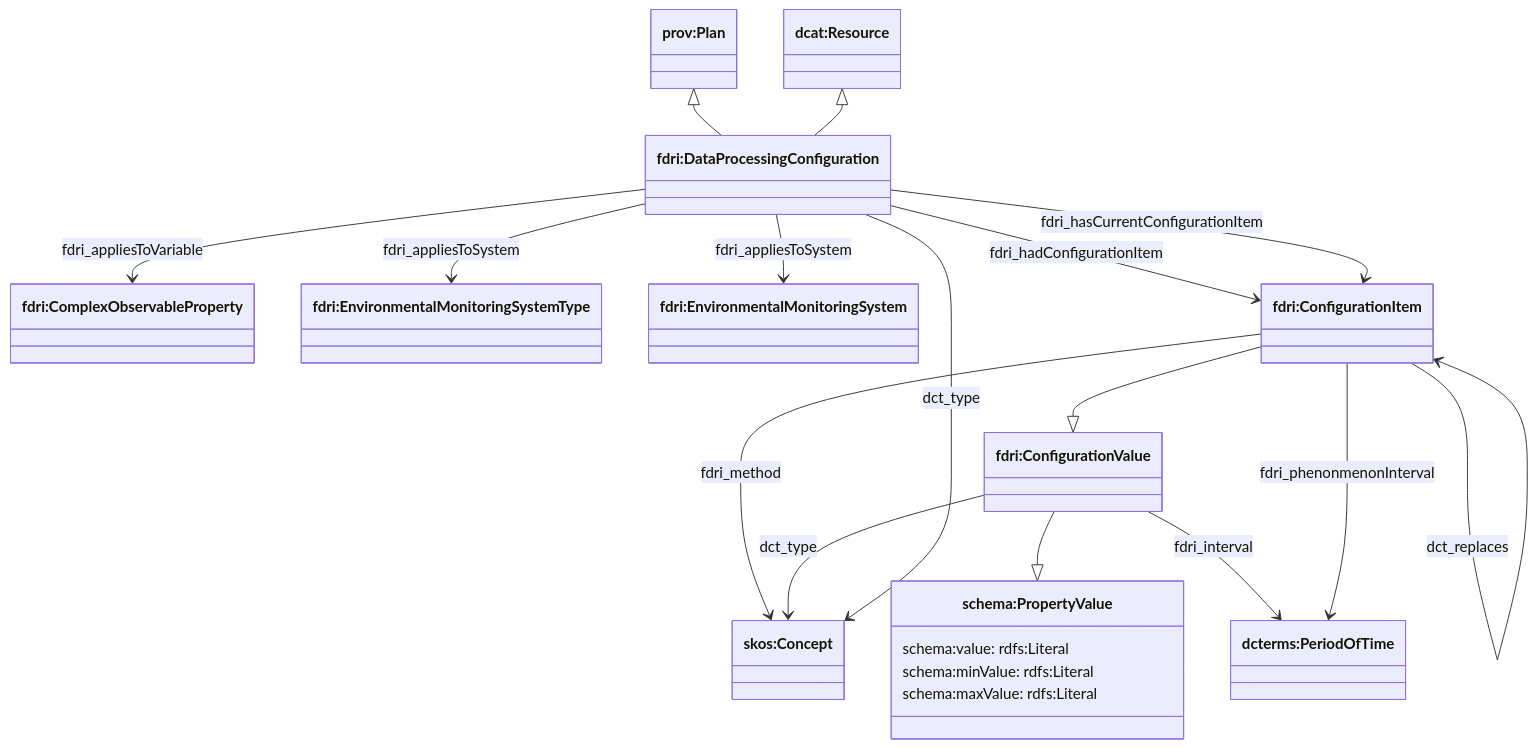
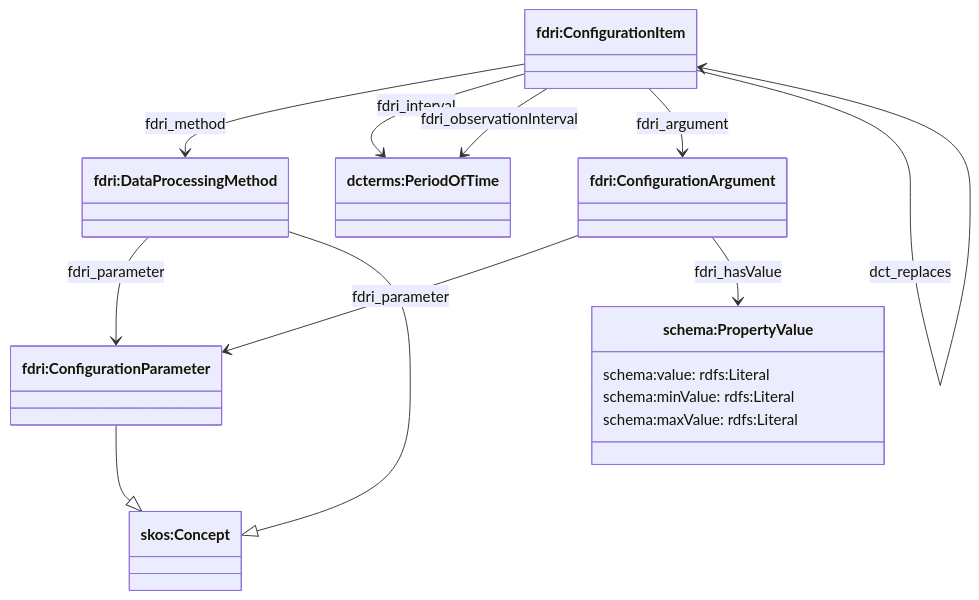
One commit to NERC-CEH/fdri-ontology changed the third of 4 diagrams in ontology/doc/data-processing-configurations.md. Above: the diagram before and after it, drawn with Mermaid. The commit also changed other lines of this file and 5 other files, not shown here.

Commit message:
Update the structure for recording data processing configurations

````diff
--- a/ontology/doc/data-processing-configurations.md
+++ b/ontology/doc/data-processing-configurations.md
@@ -6,34 +61,25 @@
 ```mermaid
 classDiagram
-  class Plan["prov:Plan"]
-  class Resource["dcat:Resource"]
-  class DPConfig["fdri:DataProcessingConfiguration"]
-  class COP["fdri:ComplexObservableProperty"]
-  class EnvironmentalMonitoringSystemType["fdri:EnvironmentalMonitoringSystemType"]
-  class EnvironmentalMonitoringSystem["fdri:EnvironmentalMonitoringSystem"]
-  class ConfigurationItem["fdri:ConfigurationItem"]
-  class ConfigurationValue["fdri:ConfigurationValue"]
-  class Period["dcterms:PeriodOfTime"]
-  class Concept["skos:Concept"]
   class PropertyValue["schema:PropertyValue"] {
     schema:value: rdfs:Literal
     schema:minValue: rdfs:Literal
     schema:maxValue: rdfs:Literal
   }
-  Plan <|-- DPConfig
-  Resource <|-- DPConfig
-  
-  DPConfig --> EnvironmentalMonitoringSystem: fdri_appliesToSystem
-  DPConfig --> EnvironmentalMonitoringSystemType: fdri_appliesToSystem
-  DPConfig --> COP: fdri_appliesToVariable
-  ConfigurationItem --> Concept: fdri_method
-  ConfigurationItem --|> ConfigurationValue
-  ConfigurationValue --|> PropertyValue
-  ConfigurationValue --> Period: fdri_interval
-  ConfigurationValue --> Concept: dct_type
-  ConfigurationItem --> Period: fdri_phenonmenonInterval
-  DPConfig --> ConfigurationItem: fdri_hadConfigurationItem
-  DPConfig --> ConfigurationItem: fdri_hasCurrentConfigurationItem
+  class ConfigurationItem["fdri:ConfigurationItem"]
+  class Param["fdri:ConfigurationParameter"]
+  class Period["dcterms:PeriodOfTime"]
+  class Method["fdri:DataProcessingMethod"]
+  class Arg["fdri:ConfigurationArgument"]
+  class Concept["skos:Concept"]
+
+  ConfigurationItem --> Method: fdri_method
+  ConfigurationItem --> Period: fdri_interval
+  ConfigurationItem --> Period: fdri_observationInterval
+  ConfigurationItem --> Arg: fdri_argument
+  Method --> Param: fdri_parameter
+  Arg --> Param: fdri_parameter
+  Arg --> PropertyValue: fdri_hasValue
   ConfigurationItem --> ConfigurationItem: dct_replaces
-  DPConfig --> Concept: dct_type
+  Method --|> Concept
+  Param --|> Concept
 ```
````
